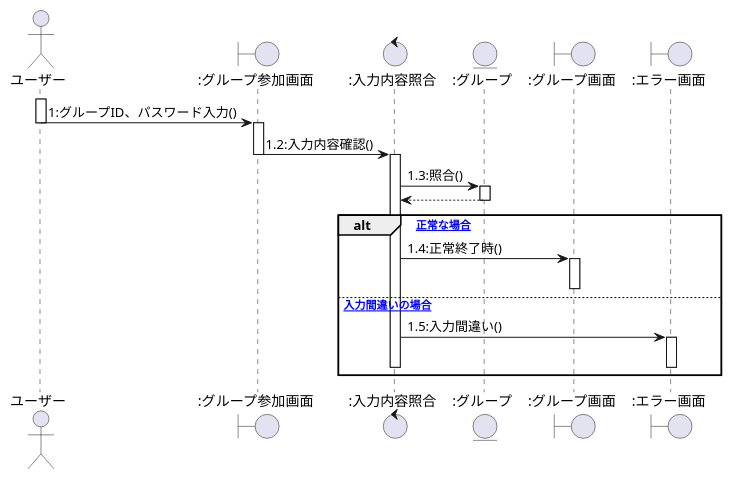
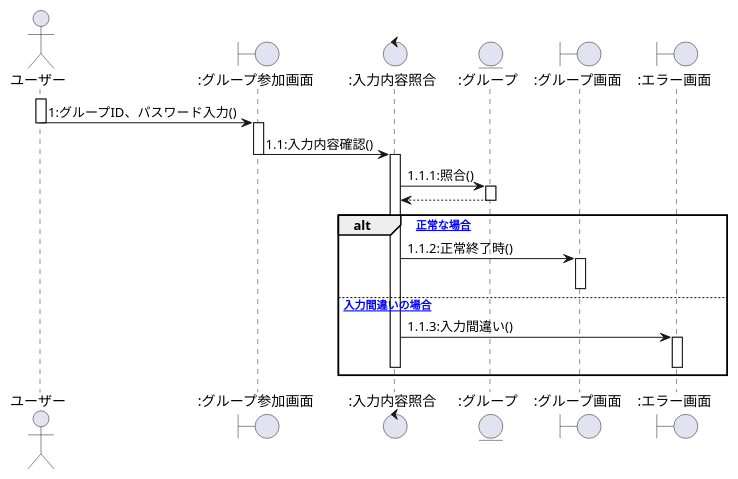
One commit to ksw2270227/GroupF changed the second of 8 diagrams in user2_sequence.plantuml. Above: the diagram before and after it, drawn with PlantUML. The commit also changed other lines of this file, not shown here.

```diff
--- a/user2_sequence.plantuml
+++ b/user2_sequence.plantuml
@@ -33,31 +33,31 @@
 @startuml グループ参加シーケンス図
 actor ユーザー as 0
 boundary ":グループ参加画面" as a
 control ":入力内容照合" as b
 entity ":グループ" as c
 boundary ":グループ画面" as d
 boundary ":エラー画面" as e
 
 activate 0
     0 -> a:1:グループID、パスワード入力()
     deactivate 0
     activate a
-    a -> b:1.2:入力内容確認()
+    a -> b:1.1:入力内容確認()
     deactivate a
     activate b
-    b -> c:1.3:照合()
+    b -> c:1.1.1:照合()
     activate c
     c --> b
     deactivate c
     alt [正常な場合]
-    b -> d:1.4:正常終了時()
+    b -> d:1.1.2:正常終了時()
     activate d
     deactivate d
     else [入力間違いの場合]
-    b -> e:1.5:入力間違い()
+    b -> e:1.1.3:入力間違い()
     activate e
     deactivate e
     deactivate b
     
     end
 @enduml
```
